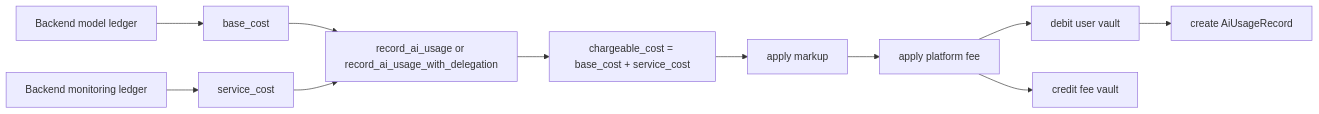
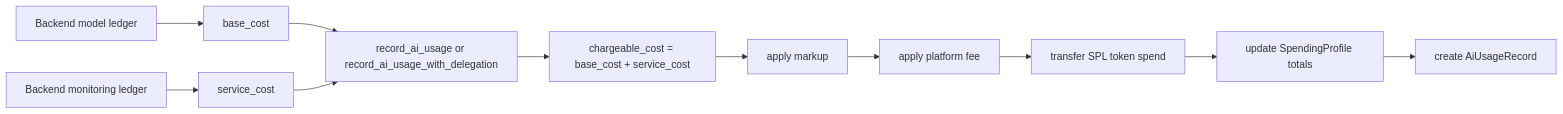
One commit to FajarArrizki/docs changed the diagram in contract/service-cost.mdx. Above: the diagram before and after it, drawn with Mermaid. The commit also changed other lines of this file and 11 other files, not shown here.

````diff
--- a/contract/service-cost.mdx
+++ b/contract/service-cost.mdx
@@ -31,13 +22,13 @@
 ```mermaid
 flowchart LR
     A[Backend model ledger] --> D[base_cost]
     B[Backend monitoring ledger] --> E[service_cost]
     D --> F[record_ai_usage or record_ai_usage_with_delegation]
     E --> F
     F --> G[chargeable_cost = base_cost + service_cost]
     G --> H[apply markup]
     H --> I[apply platform fee]
-    I --> J[debit user vault]
-    I --> K[credit fee vault]
-    J --> L[create AiUsageRecord]
+    I --> J[transfer SPL token spend]
+    J --> K[update SpendingProfile totals]
+    K --> L[create AiUsageRecord]
 ```
````
